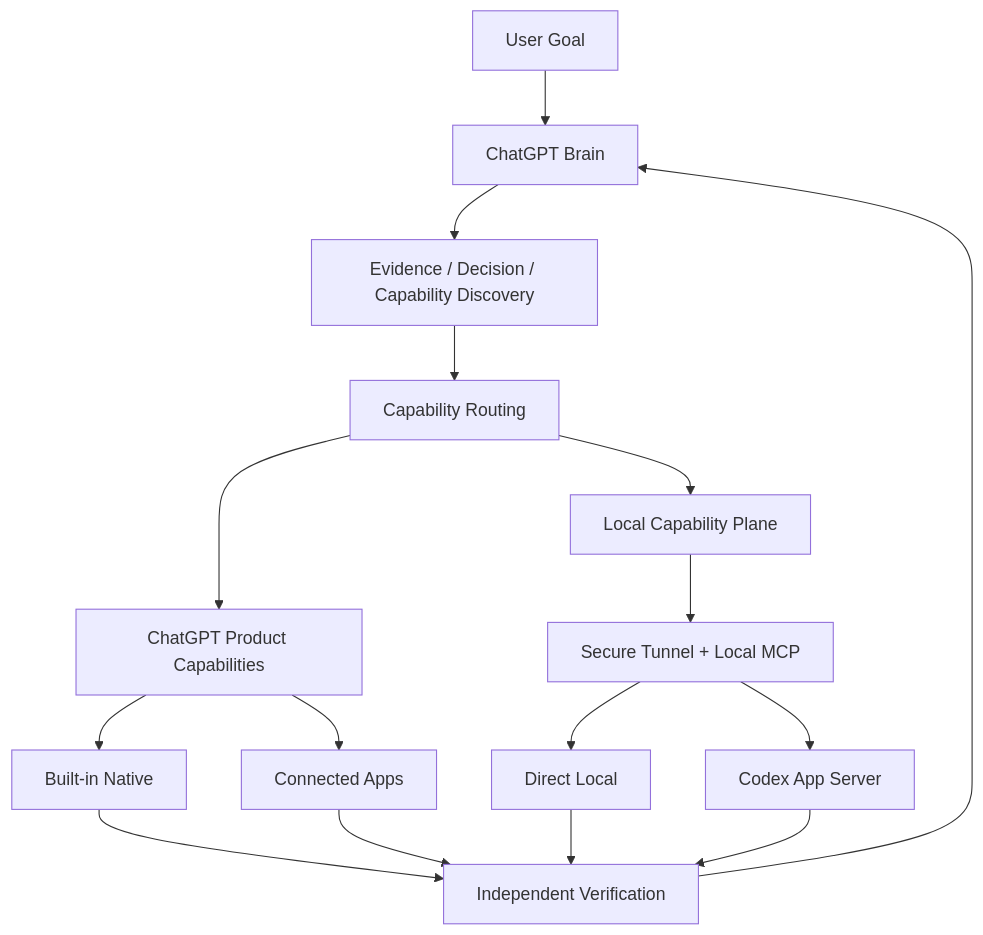
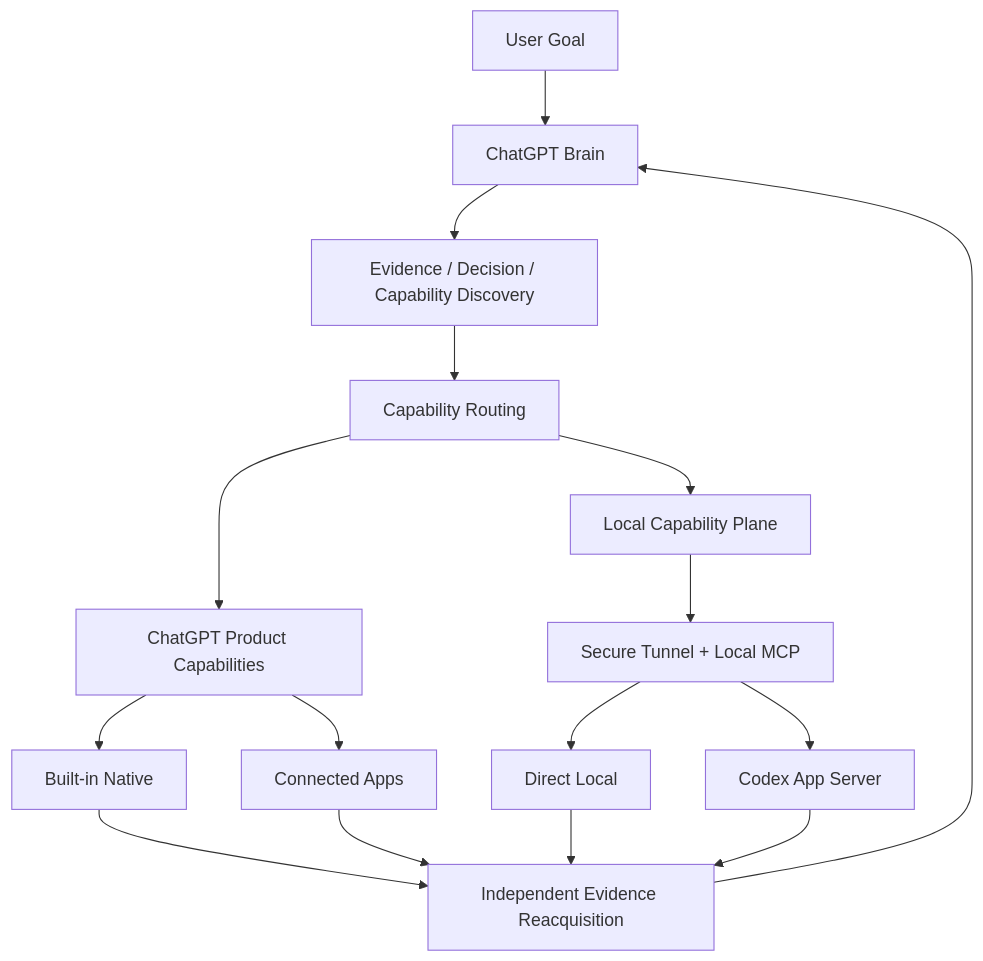
Before and after one commit to SIMON-WORLD/chatgpt-codex-orchestrator: the diagram in README.md, drawn with Mermaid. The commit also changed other lines of this file, not shown here.

````diff
--- a/README.md
+++ b/README.md
@@ -45,21 +47,21 @@
 ```mermaid
 flowchart TD
     U[User Goal] --> B[ChatGPT Brain]
     B --> D[Evidence / Decision / Capability Discovery]
     D --> R[Capability Routing]
 
     R --> P[ChatGPT Product Capabilities]
     P --> N[Built-in Native]
     P --> A[Connected Apps]
 
     R --> L[Local Capability Plane]
     L --> MCP[Secure Tunnel + Local MCP]
     MCP --> DL[Direct Local]
     MCP --> C[Codex App Server]
 
-    N --> V[Independent Verification]
+    N --> V[Independent Evidence Reacquisition]
     A --> V
     DL --> V
     C --> V
     V --> B
 ```
````
